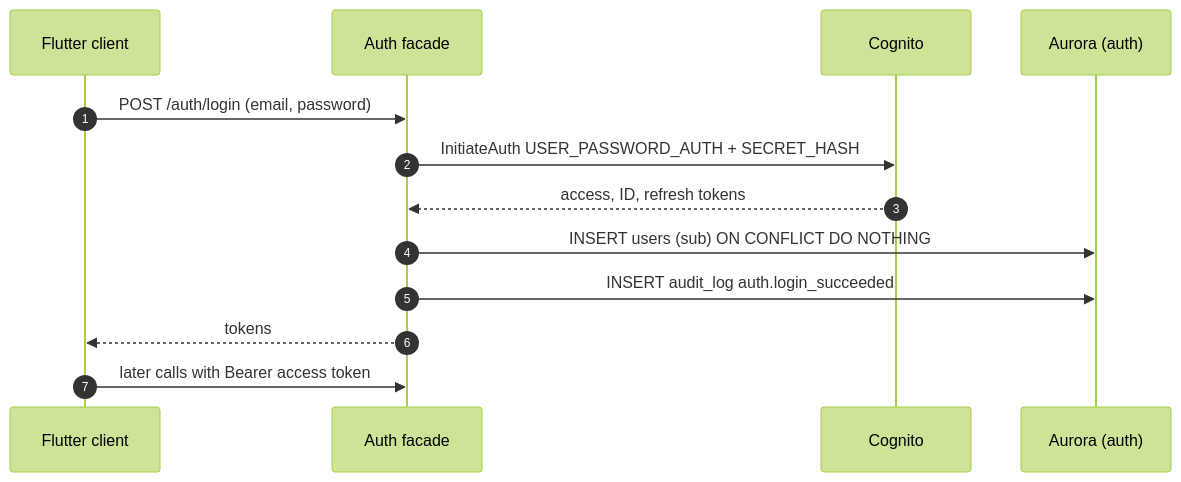
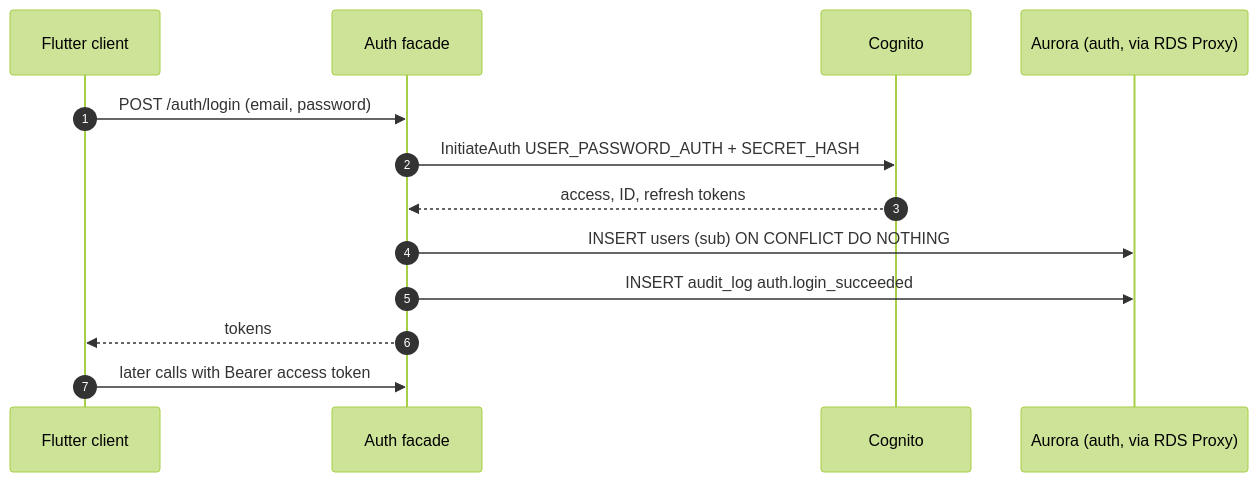
The diagram in docs/design-description/interface-design.md (MyCilinder/MyCilinder-Backend), drawn with Mermaid (forest theme) before and after one commit. The commit also changed other lines of this file and 7 other files, not shown here.

Commit message:
docs: Update architecture and design documentation to include RDS Proxy integration and clarify database connection management

````diff
--- a/docs/design-description/interface-design.md
+++ b/docs/design-description/interface-design.md
@@ -194,15 +194,15 @@
 ```mermaid
 sequenceDiagram
   autonumber
   participant C as Flutter client
   participant A as Auth facade
   participant CG as Cognito
-  participant DB as Aurora (auth)
+  participant DB as Aurora (auth, via RDS Proxy)
   C->>A: POST /auth/login (email, password)
   A->>CG: InitiateAuth USER_PASSWORD_AUTH + SECRET_HASH
   CG-->>A: access, ID, refresh tokens
   A->>DB: INSERT users (sub) ON CONFLICT DO NOTHING
   A->>DB: INSERT audit_log auth.login_succeeded
   A-->>C: tokens
   C->>A: later calls with Bearer access token
 ```
````
